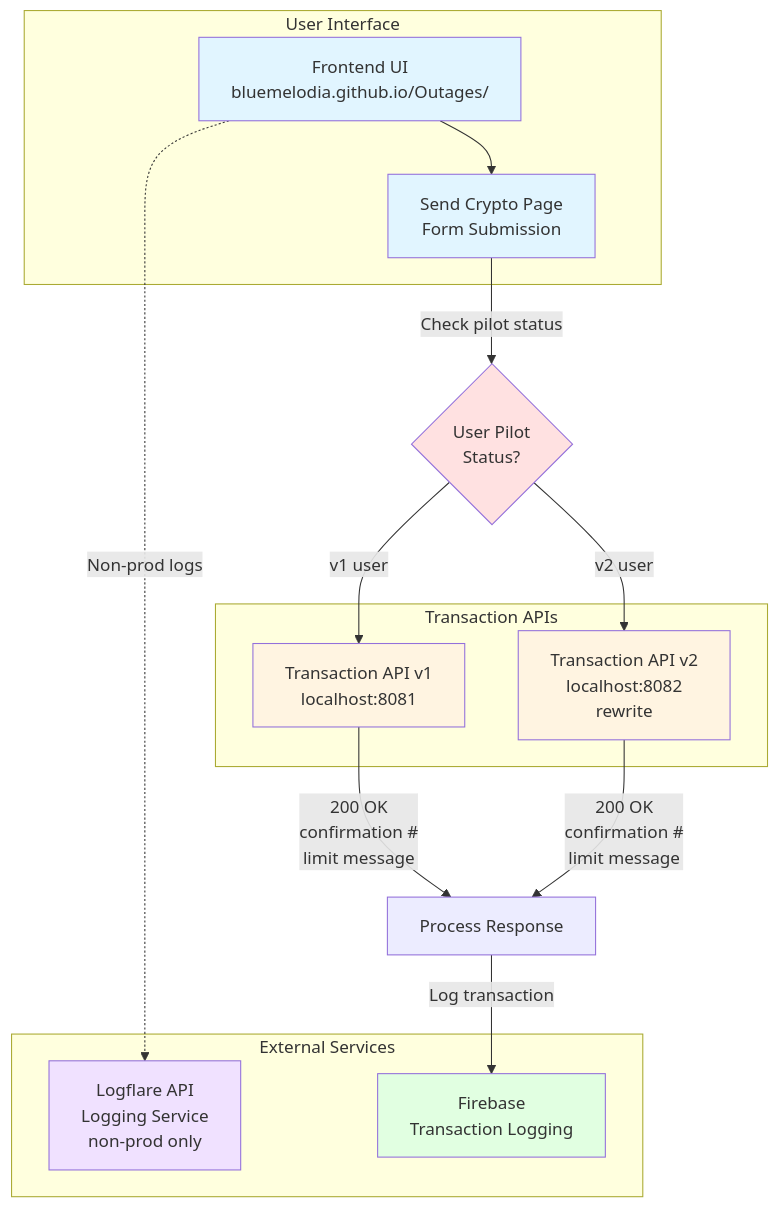
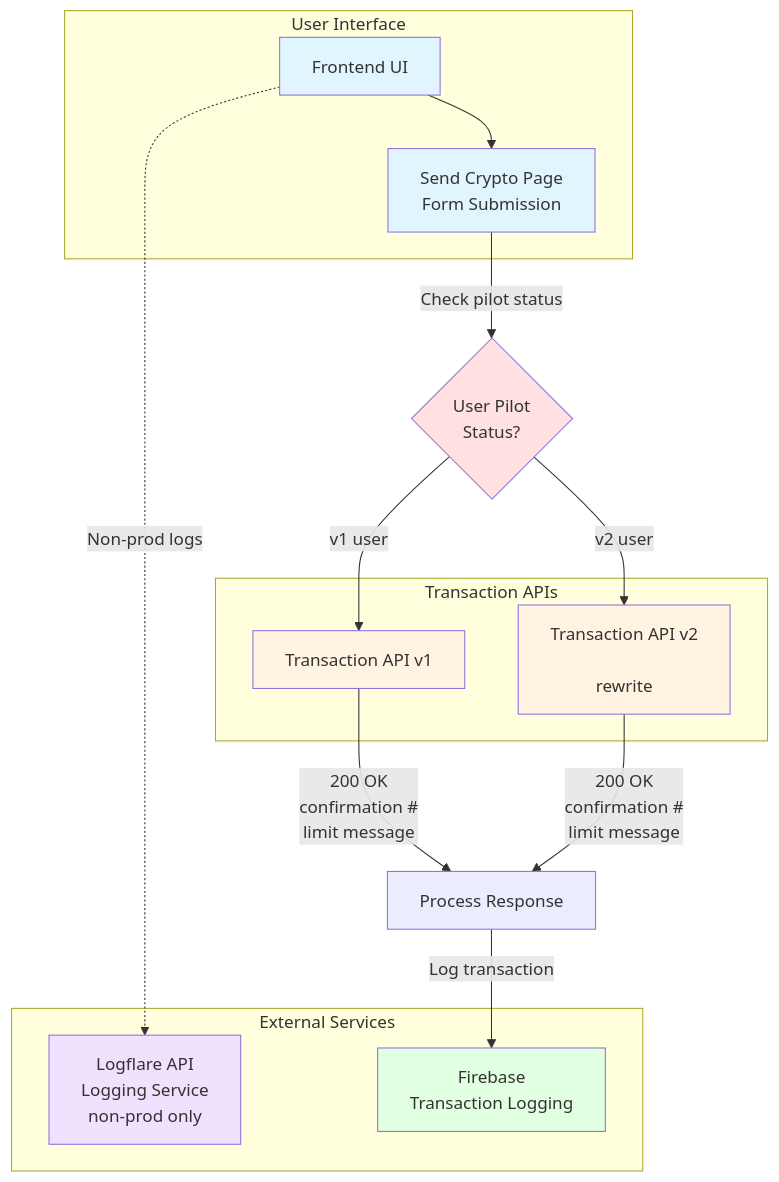
Before and after one commit to bluemelodia/Outages: the diagram in README.md, drawn with Mermaid.

Commit message:
Update README.md with arch diagram edits

````diff
--- a/README.md
+++ b/README.md
@@ -15,38 +15,38 @@
 ```mermaid
 graph TB
     subgraph "User Interface"
-        UI[Frontend UI<br/>bluemelodia.github.io/Outages/]
+        UI[Frontend UI]
         SendCrypto[Send Crypto Page<br/>Form Submission]
     end
     
     subgraph "External Services"
         Logflare[Logflare API<br/>Logging Service<br/>non-prod only]
         Firebase[Firebase<br/>Transaction Logging]
     end
     
     subgraph "Transaction APIs"
-        V1[Transaction API v1<br/>localhost:8081]
-        V2[Transaction API v2<br/>localhost:8082<br/>rewrite]
+        V1[Transaction API v1<br/>]
+        V2[Transaction API v2<br/><br/>rewrite]
     end
     
     UI --> SendCrypto
     UI -.->|Non-prod logs| Logflare
     
     SendCrypto -->|Check pilot status| Decision{User Pilot<br/>Status?}
     
     Decision -->|v1 user| V1
     Decision -->|v2 user| V2
     
     V1 -->|200 OK<br/>confirmation #<br/>limit message| Response[Process Response]
     V2 -->|200 OK<br/>confirmation #<br/>limit message| Response
     
     Response -->|Log transaction| Firebase
     
     style UI fill:#e1f5ff
     style SendCrypto fill:#e1f5ff
     style V1 fill:#fff4e1
     style V2 fill:#fff4e1
     style Logflare fill:#f0e1ff
     style Firebase fill:#e1ffe1
     style Decision fill:#ffe1e1
 ```
````
